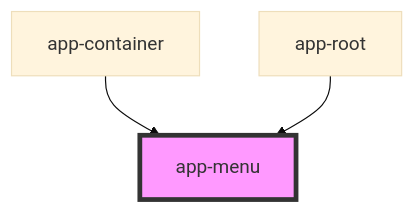
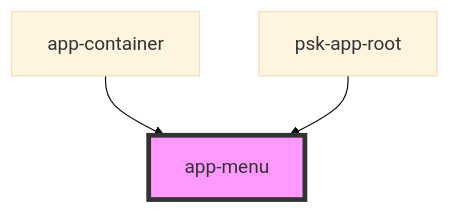
The diagram in src/components/app-menu/readme.md (daniel-visoiu/cardinal), drawn with Mermaid (base theme) before and after one commit. The commit also changed other lines of this file and 11 other files, not shown here.

````diff
--- a/src/components/app-menu/readme.md
+++ b/src/components/app-menu/readme.md
@@ -33,6 +33,6 @@
 ```mermaid
 graph TD;
   app-container --> app-menu
-  app-root --> app-menu
+  psk-app-root --> app-menu
   style app-menu fill:#f9f,stroke:#333,stroke-width:4px
 ```
````
